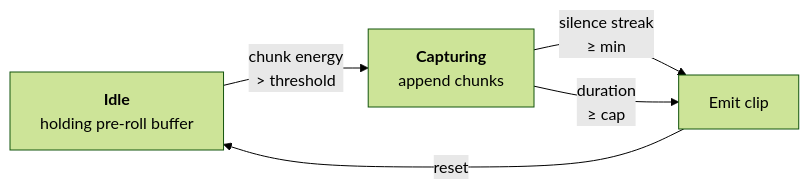
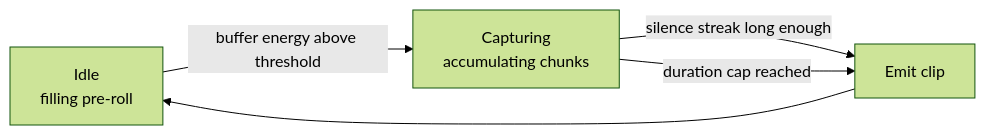
The third of 4 diagrams in docs/developer/features/command_flow.rst (rick12000/vocalance), drawn with Mermaid (forest theme) before and after one commit. The commit also changed other lines of this file and 30 other files, not shown here.

```diff
--- a/docs/developer/features/command_flow.rst
+++ b/docs/developer/features/command_flow.rst
@@ -87,7 +86,7 @@
 .. mermaid::
 
    flowchart LR
-       Idle[<b>Idle</b><br/>holding pre-roll buffer] -->|chunk energy<br/>&gt; threshold| Cap[<b>Capturing</b><br/>append chunks]
-       Cap -->|silence streak<br/>&ge; min| Done[Emit clip]
-       Cap -->|duration<br/>&ge; cap| Done
-       Done -->|reset| Idle
+       Idle[Idle<br/>filling pre-roll] -->|buffer energy above threshold| Cap[Capturing<br/>accumulating chunks]
+       Cap -->|silence streak long enough| Done[Emit clip]
+       Cap -->|duration cap reached| Done
+       Done --> Idle
```
